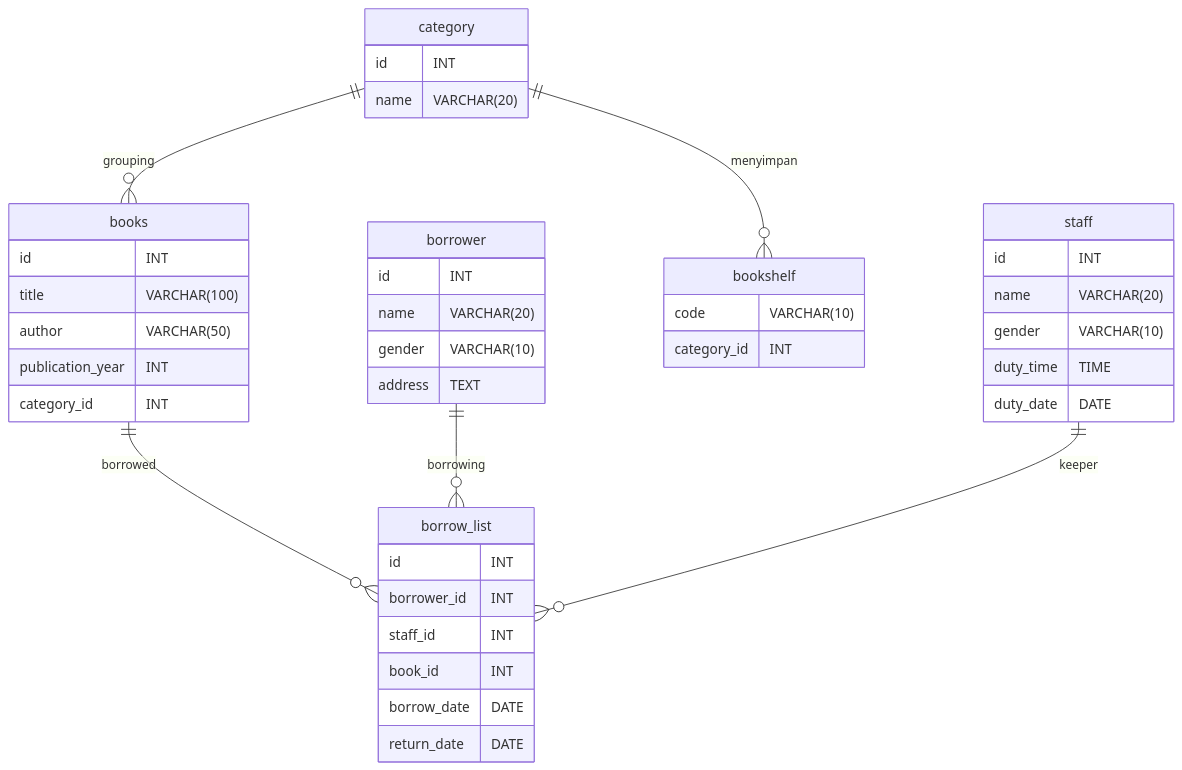
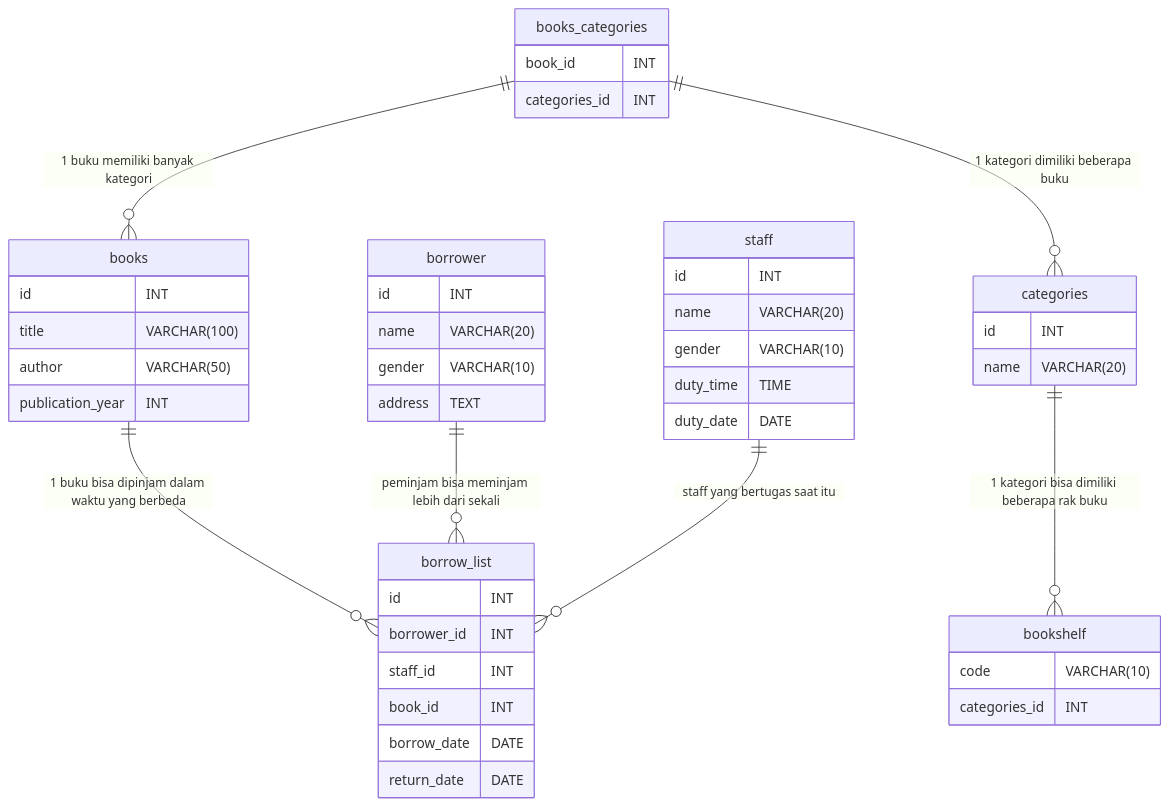
One commit to siddiq24/koda-b4-db1 changed the diagram in README.md. Above: the diagram before and after it, drawn with Mermaid.

Commit message:
fix: normalize ERD with add table junction for relation books and category, because many books can have many categories

````diff
--- a/README.md
+++ b/README.md
@@ -1,51 +1,57 @@
 ```mermaid
 erDiagram
     staff {
        id INT
        name VARCHAR(20)
        gender VARCHAR(10)
        duty_time TIME
        duty_date DATE
     }
 
     borrower {
         id INT 
         name VARCHAR(20)
         gender VARCHAR(10)
         address TEXT
     }
 
-    category {
+    categories {
         id INT
         name VARCHAR(20)
     }
 
+    books_categories {
+        book_id INT
+        categories_id INT
+    }
+
     bookshelf {
         code VARCHAR(10)
-        category_id INT
+        categories_id INT
     }
 
     books {
         id INT
         title VARCHAR(100)
         author VARCHAR(50)
         publication_year INT
-        category_id INT
     }
 
     borrow_list {
         id INT
         borrower_id INT
         staff_id INT
         book_id INT
         borrow_date DATE
         return_date DATE
     }
 
-    books ||--o{ borrow_list : "borrowed"
-    borrower ||--o{ borrow_list : "borrowing"
-    staff ||--o{ borrow_list : "keeper"
-    category ||--o{ books : "grouping"
-    category ||--o{ bookshelf : "menyimpan"
+    books ||--o{ borrow_list : "1 buku bisa dipinjam dalam waktu yang berbeda"
+    borrower ||--o{ borrow_list : "peminjam bisa meminjam lebih dari sekali"
+    staff ||--o{ borrow_list : "staff yang bertugas saat itu"
+    categories ||--o{ bookshelf : "1 kategori bisa dimiliki beberapa rak buku"
+
+    books_categories ||--o{ books : "1 buku memiliki banyak kategori"
+    books_categories ||--o{ categories : "1 kategori dimiliki beberapa buku"
 
 ```
````
